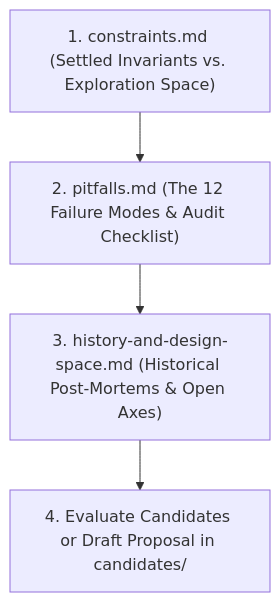
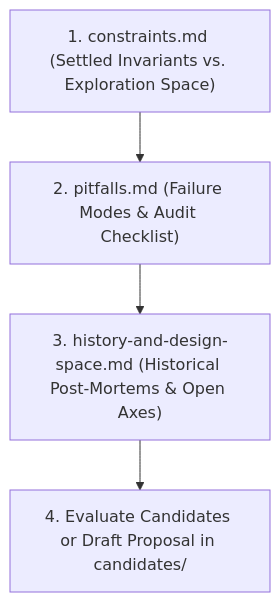
Before and after one commit to tdimiduk/cardpg: the diagram in design/iteration/resolution/README.md, drawn with Mermaid. The commit also changed other lines of this file and 24 other files, not shown here.

````diff
--- a/design/iteration/resolution/README.md
+++ b/design/iteration/resolution/README.md
@@ -27,6 +27,6 @@
 ```mermaid
 flowchart TD
-    A["1. constraints.md (Settled Invariants vs. Exploration Space)"] --> B["2. pitfalls.md (The 12 Failure Modes & Audit Checklist)"]
+    A["1. constraints.md (Settled Invariants vs. Exploration Space)"] --> B["2. pitfalls.md (Failure Modes & Audit Checklist)"]
     B --> C["3. history-and-design-space.md (Historical Post-Mortems & Open Axes)"]
     C --> D["4. Evaluate Candidates or Draft Proposal in candidates/"]
 ```
````
